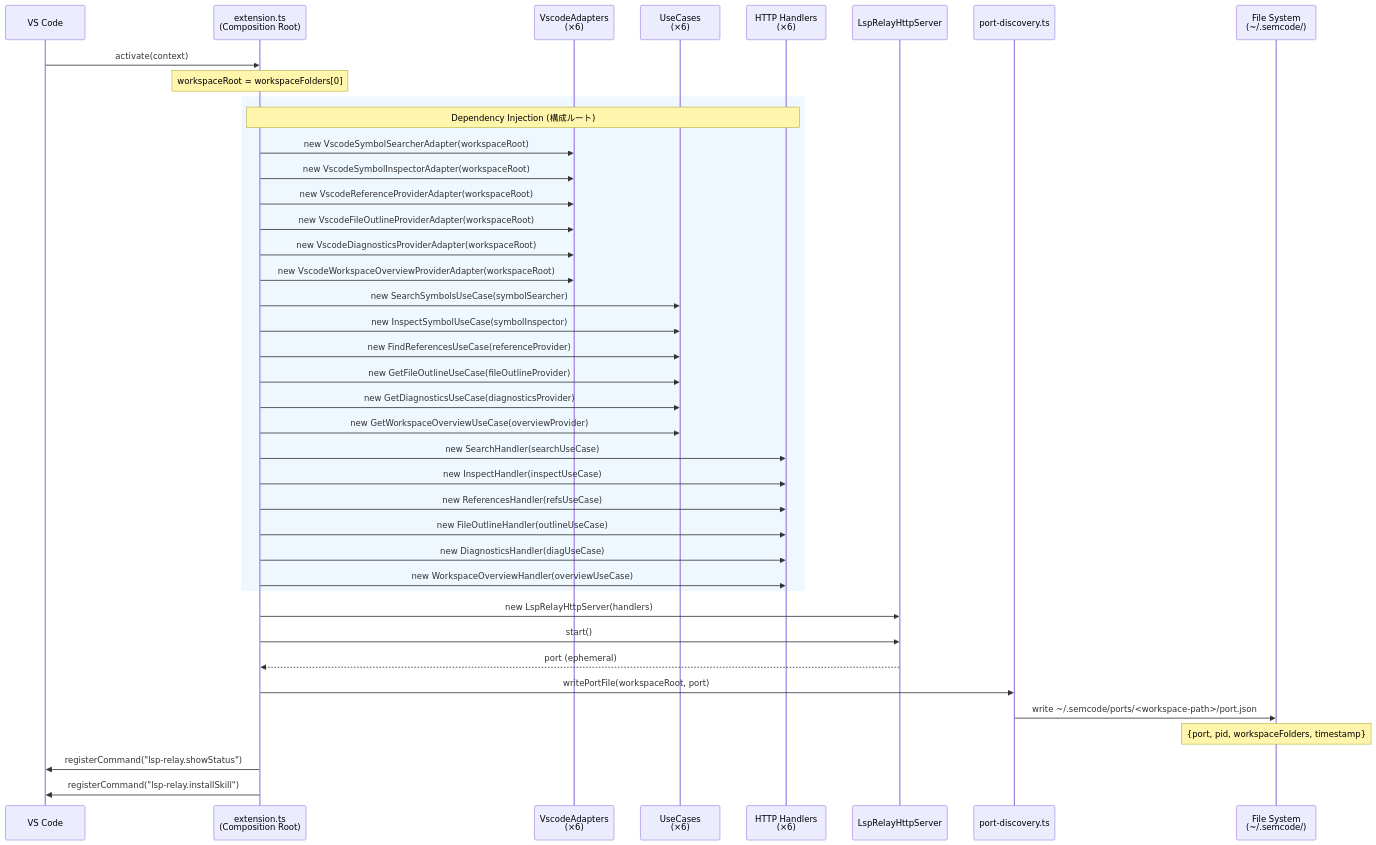
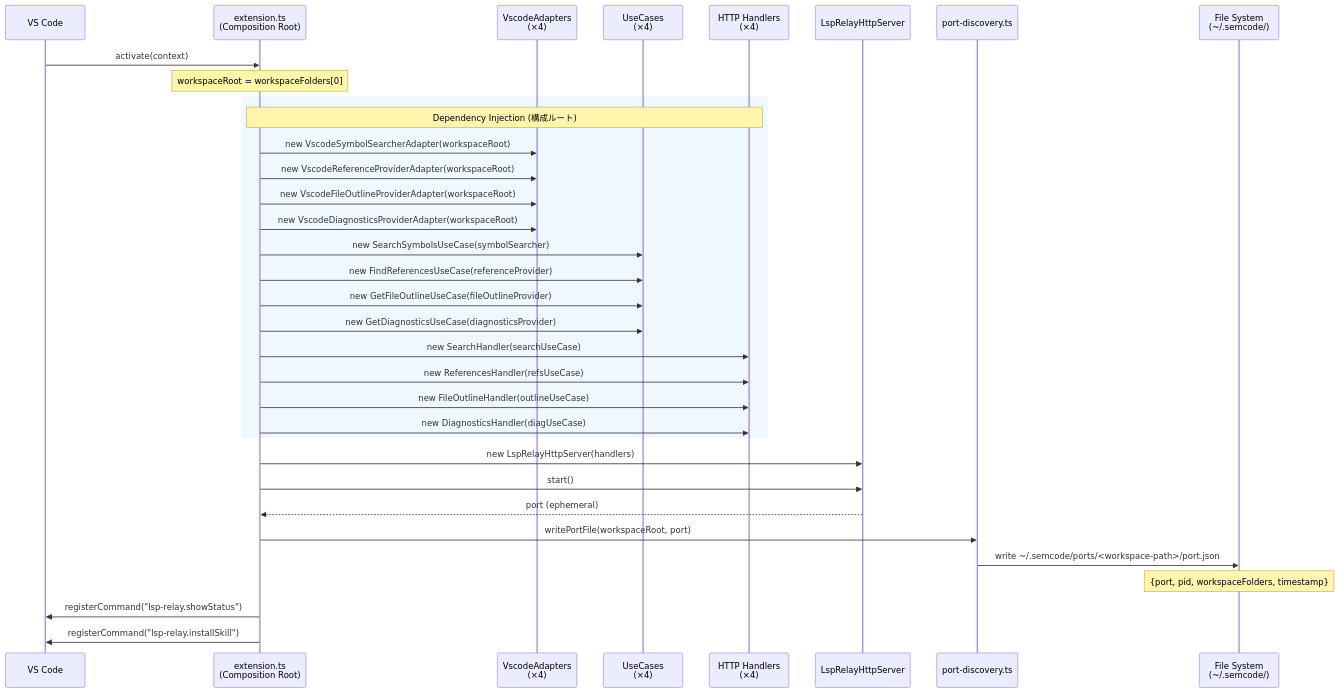
The first of 6 diagrams in docs/sequence-diagram.md (omurakazuaki/lsp-relay-vscode-extension), drawn with Mermaid before and after one commit. The commit also changed other lines of this file and 5 other files, not shown here.

````diff
--- a/docs/sequence-diagram.md
+++ b/docs/sequence-diagram.md
@@ -7,48 +7,42 @@
 ```mermaid
 sequenceDiagram
     participant VSCode as VS Code
     participant Ext as extension.ts<br/>(Composition Root)
-    participant Adapter as VscodeAdapters<br/>(×6)
-    participant UC as UseCases<br/>(×6)
-    participant Handler as HTTP Handlers<br/>(×6)
+    participant Adapter as VscodeAdapters<br/>(×4)
+    participant UC as UseCases<br/>(×4)
+    participant Handler as HTTP Handlers<br/>(×4)
     participant Server as LspRelayHttpServer
     participant PD as port-discovery.ts
     participant FS as File System<br/>(~/.semcode/)
 
     VSCode->>Ext: activate(context)
     Note over Ext: workspaceRoot = workspaceFolders[0]
 
     rect rgb(240, 248, 255)
         Note over Ext,Handler: Dependency Injection (構成ルート)
         Ext->>Adapter: new VscodeSymbolSearcherAdapter(workspaceRoot)
-        Ext->>Adapter: new VscodeSymbolInspectorAdapter(workspaceRoot)
         Ext->>Adapter: new VscodeReferenceProviderAdapter(workspaceRoot)
         Ext->>Adapter: new VscodeFileOutlineProviderAdapter(workspaceRoot)
         Ext->>Adapter: new VscodeDiagnosticsProviderAdapter(workspaceRoot)
-        Ext->>Adapter: new VscodeWorkspaceOverviewProviderAdapter(workspaceRoot)
 
         Ext->>UC: new SearchSymbolsUseCase(symbolSearcher)
-        Ext->>UC: new InspectSymbolUseCase(symbolInspector)
         Ext->>UC: new FindReferencesUseCase(referenceProvider)
         Ext->>UC: new GetFileOutlineUseCase(fileOutlineProvider)
         Ext->>UC: new GetDiagnosticsUseCase(diagnosticsProvider)
-        Ext->>UC: new GetWorkspaceOverviewUseCase(overviewProvider)
 
         Ext->>Handler: new SearchHandler(searchUseCase)
-        Ext->>Handler: new InspectHandler(inspectUseCase)
         Ext->>Handler: new ReferencesHandler(refsUseCase)
         Ext->>Handler: new FileOutlineHandler(outlineUseCase)
         Ext->>Handler: new DiagnosticsHandler(diagUseCase)
-        Ext->>Handler: new WorkspaceOverviewHandler(overviewUseCase)
     end
 
     Ext->>Server: new LspRelayHttpServer(handlers)
     Ext->>Server: start()
     Server-->>Ext: port (ephemeral)
     Ext->>PD: writePortFile(workspaceRoot, port)
     PD->>FS: write ~/.semcode/ports/<workspace-path>/port.json
     Note over FS: {port, pid, workspaceFolders, timestamp}
 
     Ext->>VSCode: registerCommand("lsp-relay.showStatus")
     Ext->>VSCode: registerCommand("lsp-relay.installSkill")
 ```
````
